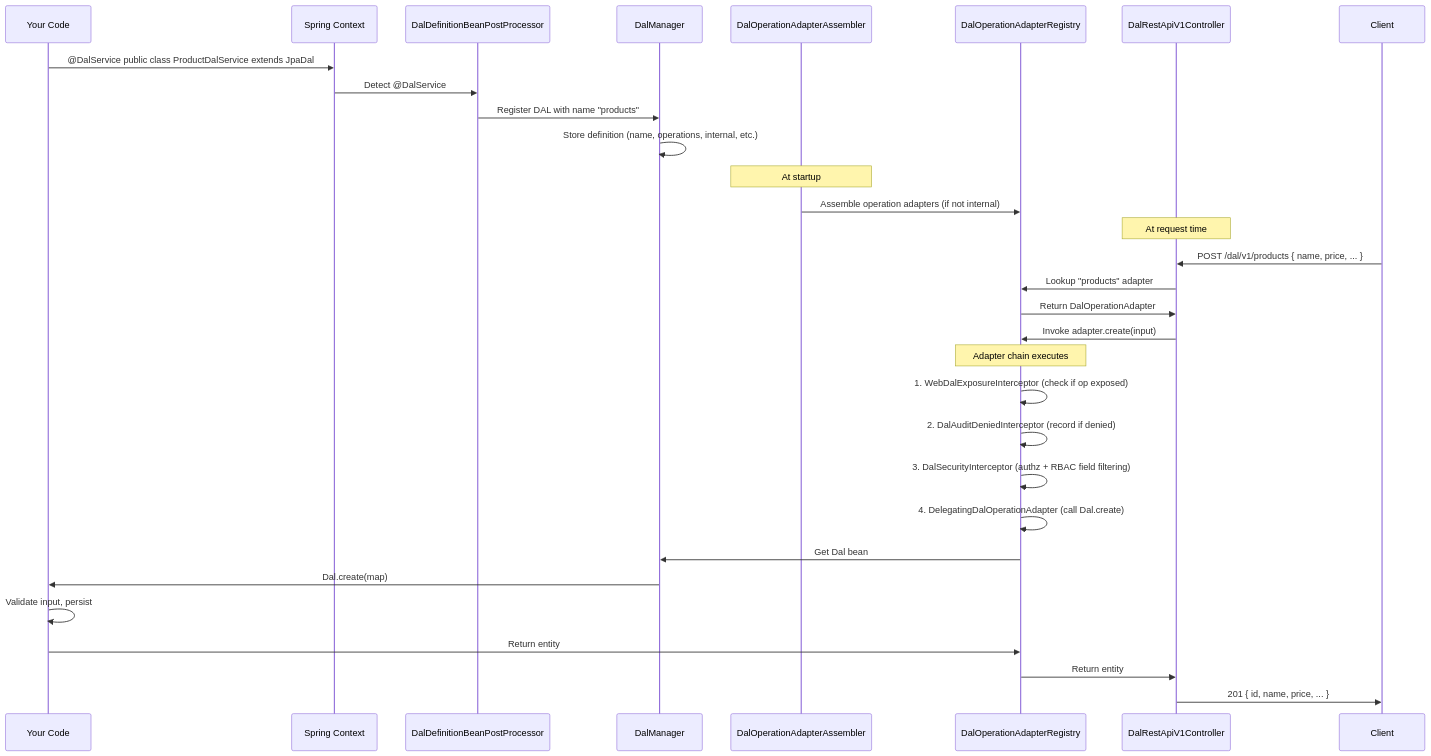
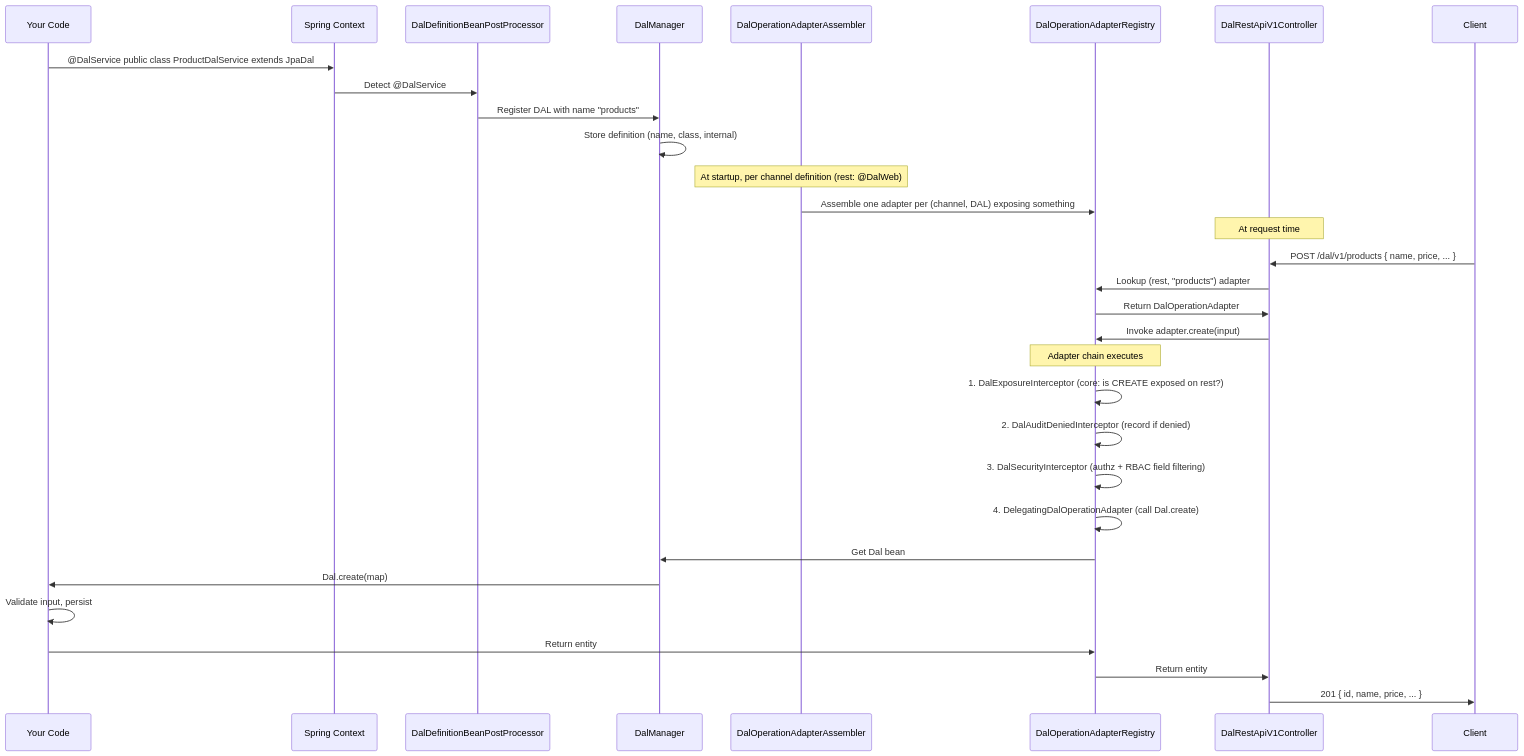
One commit to marcopag90/telaio changed the third of 9 diagrams in docs/architecture.md. Above: the diagram before and after it, drawn with Mermaid. The commit also changed other lines of this file and 9 other files, not shown here.

First line of the commit message:
docs: channel vocabulary, @DalWeb exposure and the 3.0.0 breaking entries

````diff
--- a/docs/architecture.md
+++ b/docs/architecture.md
@@ -94,32 +95,32 @@
 ```mermaid
 sequenceDiagram
     participant Code as Your Code
     participant Spring as Spring Context
     participant PostProc as DalDefinitionBeanPostProcessor
     participant Manager as DalManager
     participant Assembler as DalOperationAdapterAssembler
     participant Registry as DalOperationAdapterRegistry
     participant Controller as DalRestApiV1Controller
     Code ->> Spring: @DalService public class ProductDalService extends JpaDal
     Spring ->> PostProc: Detect @DalService
     PostProc ->> Manager: Register DAL with name "products"
-    Manager ->> Manager: Store definition (name, operations, internal, etc.)
-    Note over Assembler: At startup
-    Assembler ->> Registry: Assemble operation adapters (if not internal)
+    Manager ->> Manager: Store definition (name, class, internal)
+    Note over Assembler: At startup, per channel definition (rest: @DalWeb)
+    Assembler ->> Registry: Assemble one adapter per (channel, DAL) exposing something
     Note over Controller: At request time
     Client ->> Controller: POST /dal/v1/products { name, price, ... }
-    Controller ->> Registry: Lookup "products" adapter
+    Controller ->> Registry: Lookup (rest, "products") adapter
     Registry ->> Controller: Return DalOperationAdapter
     Controller ->> Registry: Invoke adapter.create(input)
     Note over Registry: Adapter chain executes
-    Registry ->> Registry: 1. WebDalExposureInterceptor (check if op exposed)
+    Registry ->> Registry: 1. DalExposureInterceptor (core: is CREATE exposed on rest?)
     Registry ->> Registry: 2. DalAuditDeniedInterceptor (record if denied)
     Registry ->> Registry: 3. DalSecurityInterceptor (authz + RBAC field filtering)
     Registry ->> Registry: 4. DelegatingDalOperationAdapter (call Dal.create)
     Registry ->> Manager: Get Dal bean
     Manager ->> Code: Dal.create(map)
     Code ->> Code: Validate input, persist
     Code ->> Registry: Return entity
     Registry ->> Controller: Return entity
     Controller ->> Client: 201 { id, name, price, ... }
 ```
````
